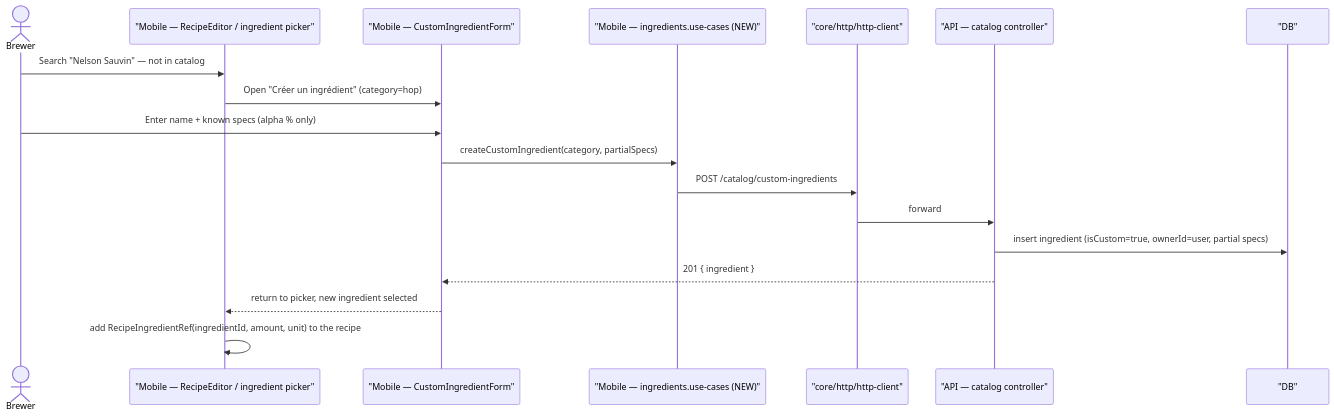
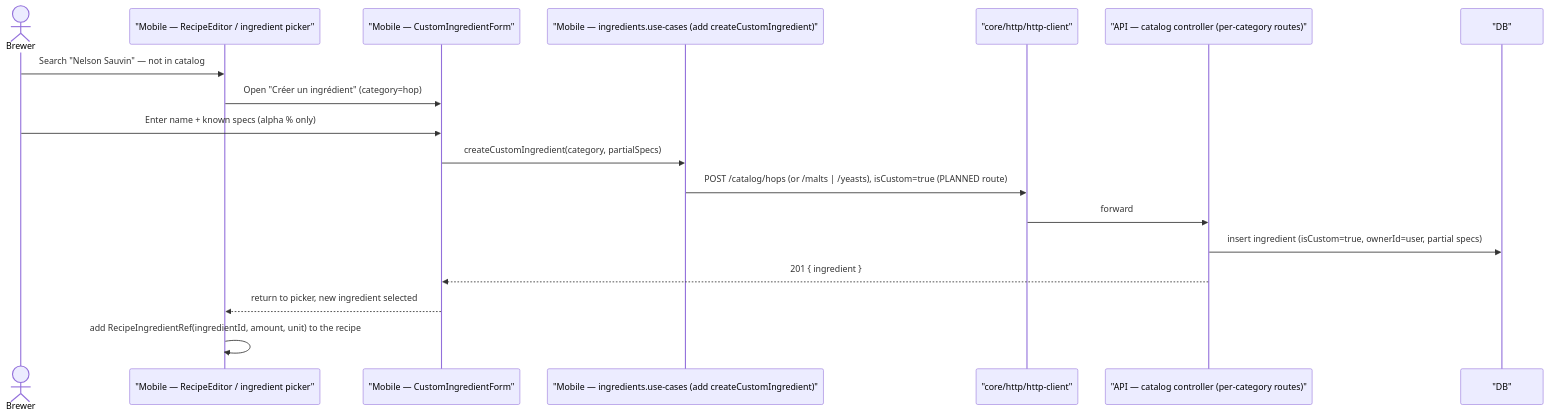
Before and after one commit to benoit-bremaud/brasse-bouillon: the diagram in docs/architecture/diagrams/ingredients/02-sequence-custom-ingredient.md, drawn with Mermaid. The commit also changed other lines of this file and 2 other files, not shown here.

First line of the commit message:
docs(ingredients): address Copilot review

````diff
--- a/docs/architecture/diagrams/ingredients/02-sequence-custom-ingredient.md
+++ b/docs/architecture/diagrams/ingredients/02-sequence-custom-ingredient.md
@@ -15,21 +15,21 @@
 ```mermaid
 sequenceDiagram
   actor B as Brewer
   participant R as "Mobile — RecipeEditor / ingredient picker"
   participant S as "Mobile — CustomIngredientForm"
-  participant UC as "Mobile — ingredients.use-cases (NEW)"
+  participant UC as "Mobile — ingredients.use-cases (add createCustomIngredient)"
   participant HTTP as "core/http/http-client"
-  participant API as "API — catalog controller"
+  participant API as "API — catalog controller (per-category routes)"
   participant DB as "DB"
 
   B->>R: Search "Nelson Sauvin" — not in catalog
   R->>S: Open "Créer un ingrédient" (category=hop)
   B->>S: Enter name + known specs (alpha % only)
   S->>UC: createCustomIngredient(category, partialSpecs)
-  UC->>HTTP: POST /catalog/custom-ingredients
+  UC->>HTTP: POST /catalog/hops (or /malts | /yeasts), isCustom=true (PLANNED route)
   HTTP->>API: forward
   API->>DB: insert ingredient (isCustom=true, ownerId=user, partial specs)
   API-->>S: 201 { ingredient }
   S-->>R: return to picker, new ingredient selected
   R->>R: add RecipeIngredientRef(ingredientId, amount, unit) to the recipe
 ```
````
